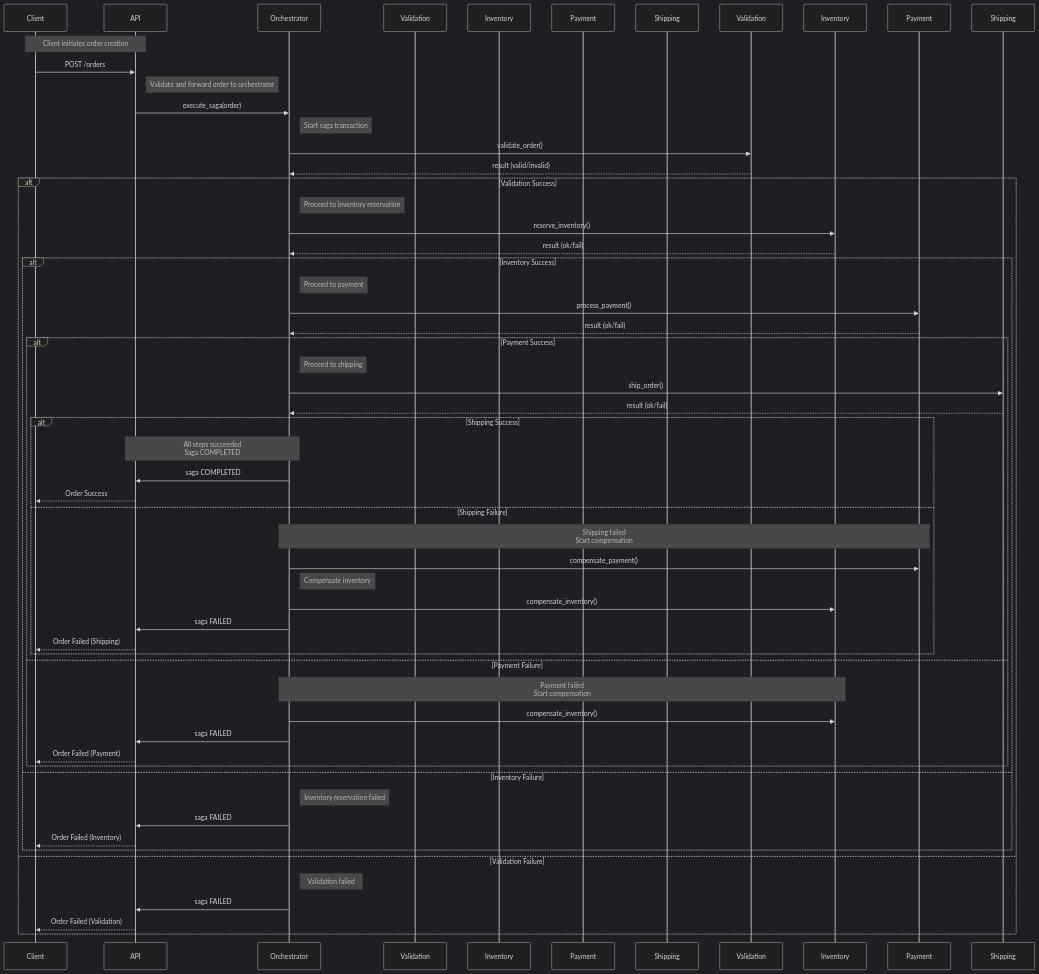
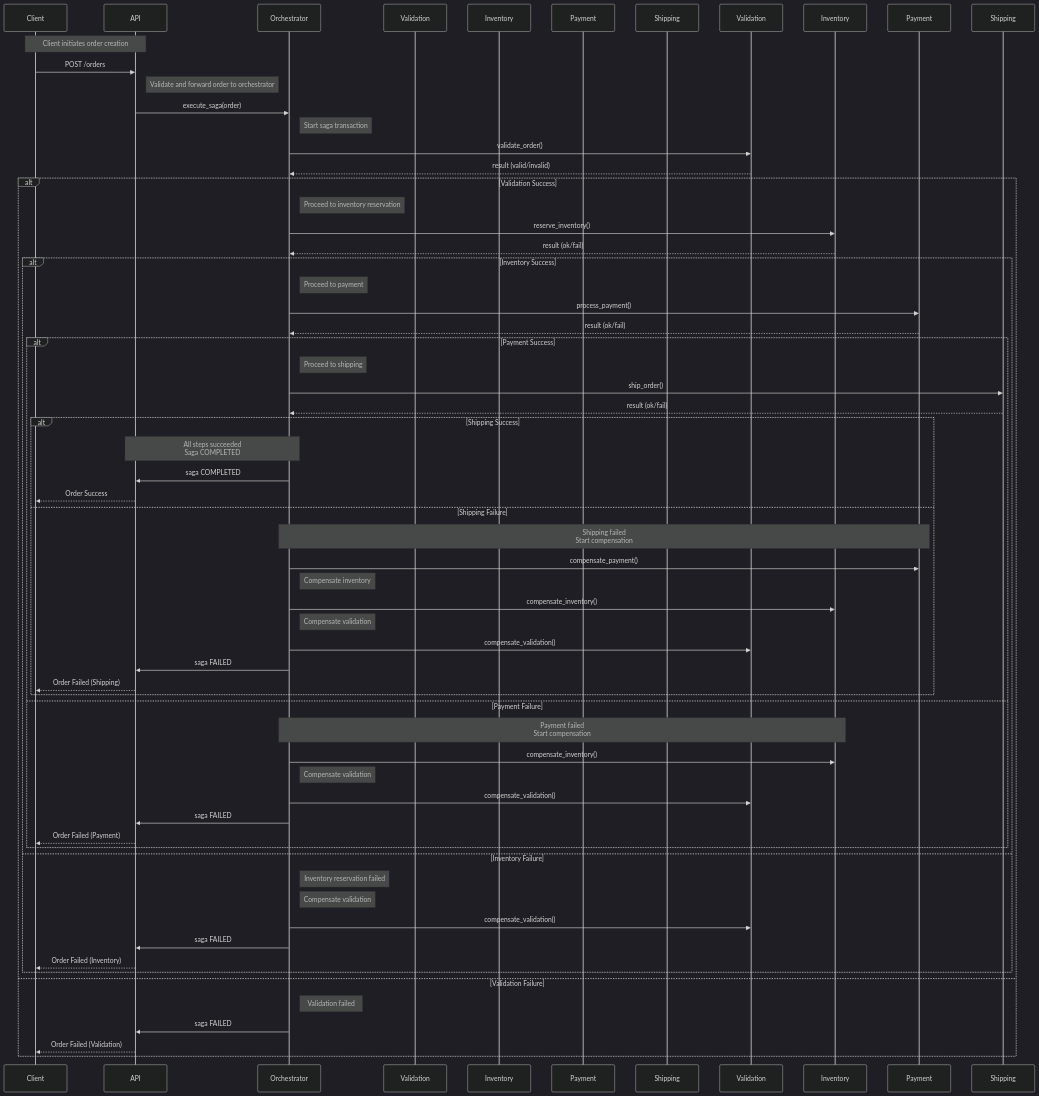
One commit to as10896/saga-demo changed the sixth of 6 diagrams in docs/workflow.md. Above: the diagram before and after it, drawn with Mermaid (dark theme). The commit also changed other lines of this file and 10 other files, not shown here.

````diff
--- a/docs/workflow.md
+++ b/docs/workflow.md
@@ -265,58 +272,64 @@
 ```mermaid
 sequenceDiagram
     participant Client
     participant API
     participant Orchestrator
     participant ValidationService as Validation
     participant InventoryService as Inventory
     participant PaymentService as Payment
     participant ShippingService as Shipping
 
     Note over Client,API: Client initiates order creation
     Client->>API: POST /orders
     Note right of API: Validate and forward order to orchestrator
     API->>Orchestrator: execute_saga(order)
     Note right of Orchestrator: Start saga transaction
     Orchestrator->>Validation: validate_order()
     Validation-->>Orchestrator: result (valid/invalid)
     alt Validation Success
         Note right of Orchestrator: Proceed to inventory reservation
         Orchestrator->>Inventory: reserve_inventory()
         Inventory-->>Orchestrator: result (ok/fail)
         alt Inventory Success
             Note right of Orchestrator: Proceed to payment
             Orchestrator->>Payment: process_payment()
             Payment-->>Orchestrator: result (ok/fail)
             alt Payment Success
                 Note right of Orchestrator: Proceed to shipping
                 Orchestrator->>Shipping: ship_order()
                 Shipping-->>Orchestrator: result (ok/fail)
                 alt Shipping Success
                     Note over Orchestrator,API: All steps succeeded <br> Saga COMPLETED
                     Orchestrator->>API: saga COMPLETED
                     API-->>Client: Order Success
                 else Shipping Failure
                     Note over Orchestrator,Payment: Shipping failed <br> Start compensation
                     Orchestrator->>Payment: compensate_payment()
                     Note right of Orchestrator: Compensate inventory
                     Orchestrator->>Inventory: compensate_inventory()
+                    Note right of Orchestrator: Compensate validation
+                    Orchestrator->>Validation: compensate_validation()
                     Orchestrator->>API: saga FAILED
                     API-->>Client: Order Failed (Shipping)
                 end
             else Payment Failure
                 Note over Orchestrator,Inventory: Payment failed <br> Start compensation
                 Orchestrator->>Inventory: compensate_inventory()
+                Note right of Orchestrator: Compensate validation
+                Orchestrator->>Validation: compensate_validation()
                 Orchestrator->>API: saga FAILED
                 API-->>Client: Order Failed (Payment)
             end
         else Inventory Failure
             Note right of Orchestrator: Inventory reservation failed
+            Note right of Orchestrator: Compensate validation
+            Orchestrator->>Validation: compensate_validation()
             Orchestrator->>API: saga FAILED
             API-->>Client: Order Failed (Inventory)
         end
     else Validation Failure
         Note right of Orchestrator: Validation failed
         Orchestrator->>API: saga FAILED
         API-->>Client: Order Failed (Validation)
     end
 ``` 
````
